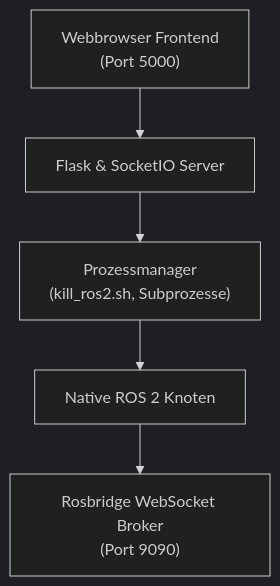
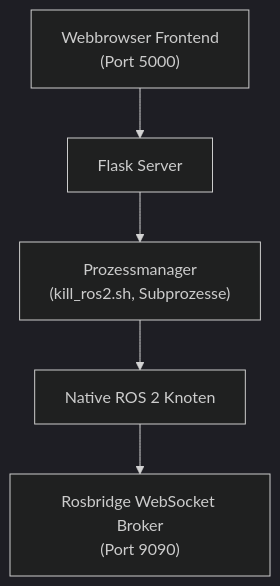
The ninth of 9 diagrams in readme-de.md (lu4k87/my_xarm_lite6-extended), drawn with Mermaid (dark theme) before and after one commit. The commit also changed other lines of this file and 2 other files, not shown here.

````diff
--- a/readme-de.md
+++ b/readme-de.md
@@ -2601,7 +2690,7 @@
 ```mermaid
 flowchart TD
-    WEB["Webbrowser Frontend<br/>(Port 5000)"] --> FLASK["Flask & SocketIO Server"]
+    WEB["Webbrowser Frontend<br/>(Port 5000)"] --> FLASK["Flask Server"]
     FLASK --> PROC["Prozessmanager<br/>(kill_ros2.sh, Subprozesse)"]
     PROC --> ROS2["Native ROS 2 Knoten"]
     ROS2 --> ROSB["Rosbridge WebSocket Broker<br/>(Port 9090)"]
 ```
````
